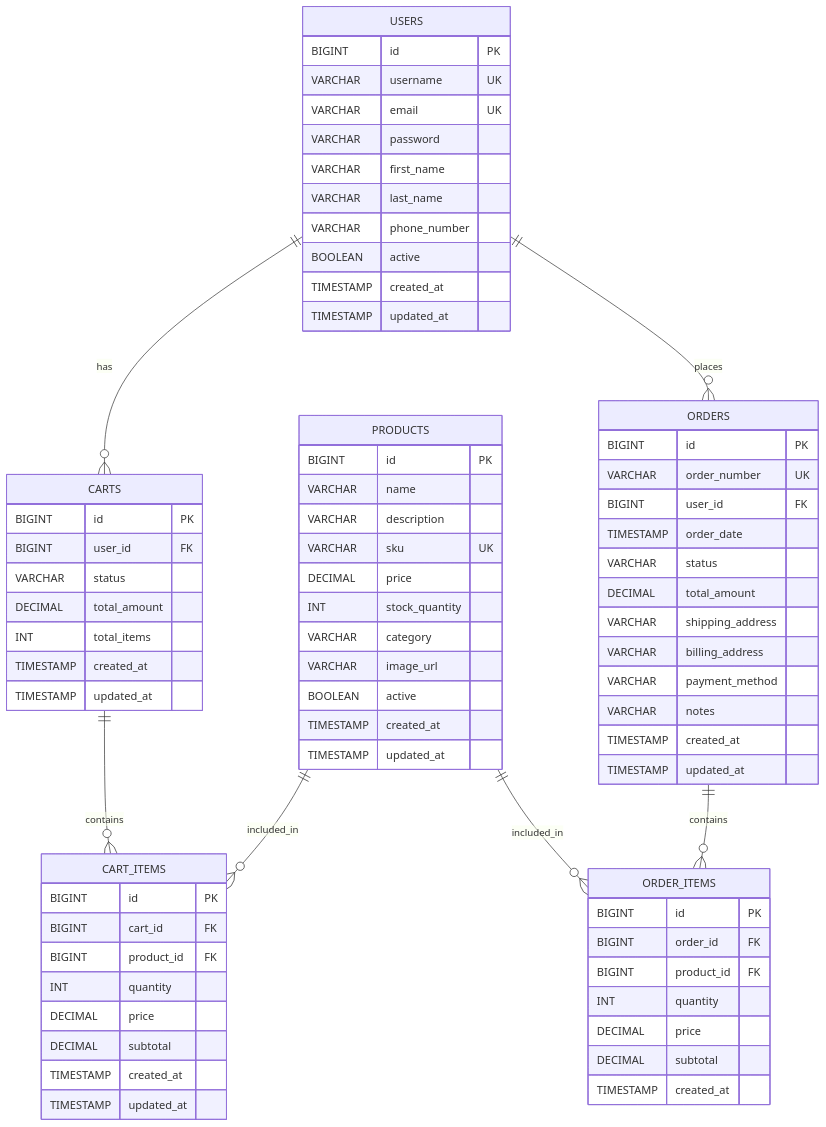
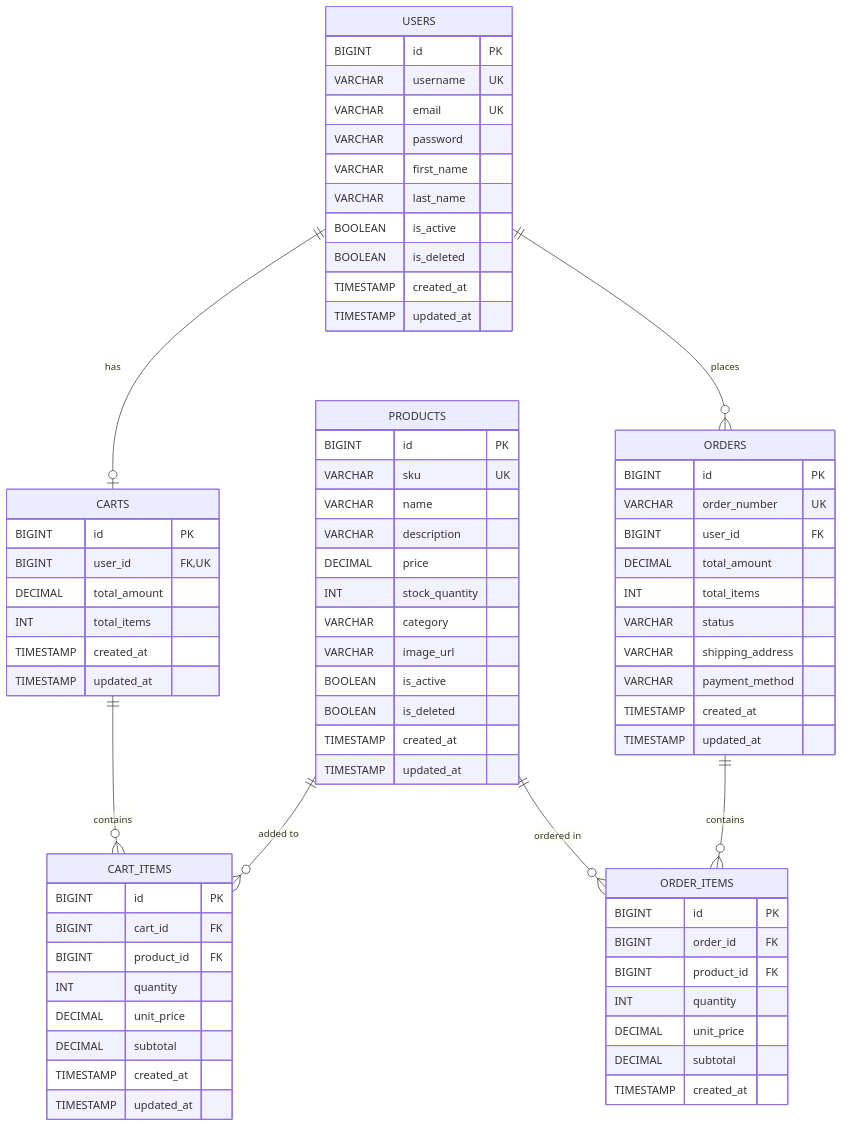
One commit to NavneetBN47/ecommerce changed the diagram in docs/er_diagram.mmd. Above: the diagram before and after it, drawn with Mermaid. The commit also changed 38 other files, not shown here.

```diff
--- a/docs/er_diagram.mmd
+++ b/docs/er_diagram.mmd
@@ -1,80 +1,78 @@
 erDiagram
-    USERS ||--o{ CARTS : "has"
-    USERS ||--o{ ORDERS : "places"
-    CARTS ||--o{ CART_ITEMS : "contains"
-    PRODUCTS ||--o{ CART_ITEMS : "included_in"
-    PRODUCTS ||--o{ ORDER_ITEMS : "included_in"
-    ORDERS ||--o{ ORDER_ITEMS : "contains"
+    USERS ||--o| CARTS : has
+    USERS ||--o{ ORDERS : places
+    CARTS ||--o{ CART_ITEMS : contains
+    PRODUCTS ||--o{ CART_ITEMS : "added to"
+    PRODUCTS ||--o{ ORDER_ITEMS : "ordered in"
+    ORDERS ||--o{ ORDER_ITEMS : contains
 
     USERS {
         BIGINT id PK
         VARCHAR username UK
         VARCHAR email UK
         VARCHAR password
         VARCHAR first_name
         VARCHAR last_name
-        VARCHAR phone_number
-        BOOLEAN active
+        BOOLEAN is_active
+        BOOLEAN is_deleted
         TIMESTAMP created_at
         TIMESTAMP updated_at
     }
 
     PRODUCTS {
         BIGINT id PK
+        VARCHAR sku UK
         VARCHAR name
         VARCHAR description
-        VARCHAR sku UK
         DECIMAL price
         INT stock_quantity
         VARCHAR category
         VARCHAR image_url
-        BOOLEAN active
+        BOOLEAN is_active
+        BOOLEAN is_deleted
         TIMESTAMP created_at
         TIMESTAMP updated_at
     }
 
     CARTS {
         BIGINT id PK
-        BIGINT user_id FK
-        VARCHAR status
+        BIGINT user_id FK,UK
         DECIMAL total_amount
         INT total_items
         TIMESTAMP created_at
         TIMESTAMP updated_at
     }
 
     CART_ITEMS {
         BIGINT id PK
         BIGINT cart_id FK
         BIGINT product_id FK
         INT quantity
-        DECIMAL price
+        DECIMAL unit_price
         DECIMAL subtotal
         TIMESTAMP created_at
         TIMESTAMP updated_at
     }
 
     ORDERS {
         BIGINT id PK
         VARCHAR order_number UK
         BIGINT user_id FK
-        TIMESTAMP order_date
+        DECIMAL total_amount
+        INT total_items
         VARCHAR status
-        DECIMAL total_amount
         VARCHAR shipping_address
-        VARCHAR billing_address
         VARCHAR payment_method
-        VARCHAR notes
         TIMESTAMP created_at
         TIMESTAMP updated_at
     }
 
     ORDER_ITEMS {
         BIGINT id PK
         BIGINT order_id FK
         BIGINT product_id FK
         INT quantity
-        DECIMAL price
+        DECIMAL unit_price
         DECIMAL subtotal
         TIMESTAMP created_at
     }
```
